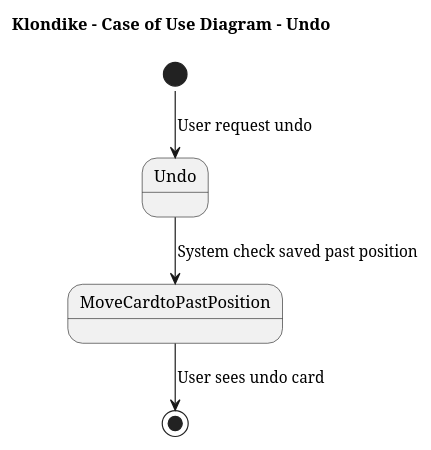
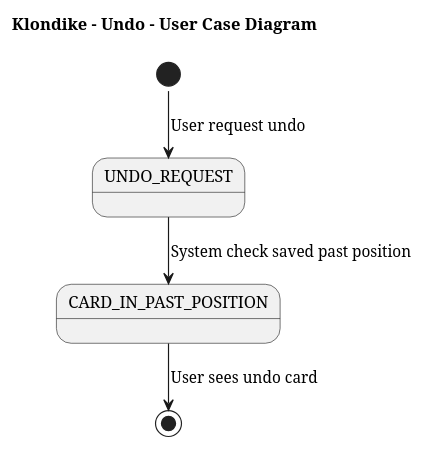
Before and after one commit to AngelOS95P/Maestria_IngSoftware_grupo6: the diagram in 2 Modelo de vistas de caso de uso/Diagrama de caso de uso - Undo.plantuml, drawn with PlantUML. The commit also changed 16 other files, not shown here.

```diff
--- a/2 Modelo de vistas de caso de uso/Diagrama de caso de uso - Undo.plantuml
+++ b/2 Modelo de vistas de caso de uso/Diagrama de caso de uso - Undo.plantuml
@@ -1,11 +1,12 @@
-@startuml DetailActivityDiagram
-title Klondike  - Case of Use Diagram - Undo
+@startuml UCUndo
+title Klondike  - Undo - User Case Diagram
 !pragma layout smetana
 
-state Undo
+state UNDO_REQUEST
+state CARD_IN_PAST_POSITION
 
-state MoveCardtoPastPosition
-[*] --> Undo : User request undo
-Undo --> MoveCardtoPastPosition: System check saved past position
-MoveCardtoPastPosition -->[*]: User sees undo card 
+[*] --> UNDO_REQUEST : User request undo
+UNDO_REQUEST --> CARD_IN_PAST_POSITION: System check saved past position
+CARD_IN_PAST_POSITION --> [*]: User sees undo card
+
 @enduml
```
